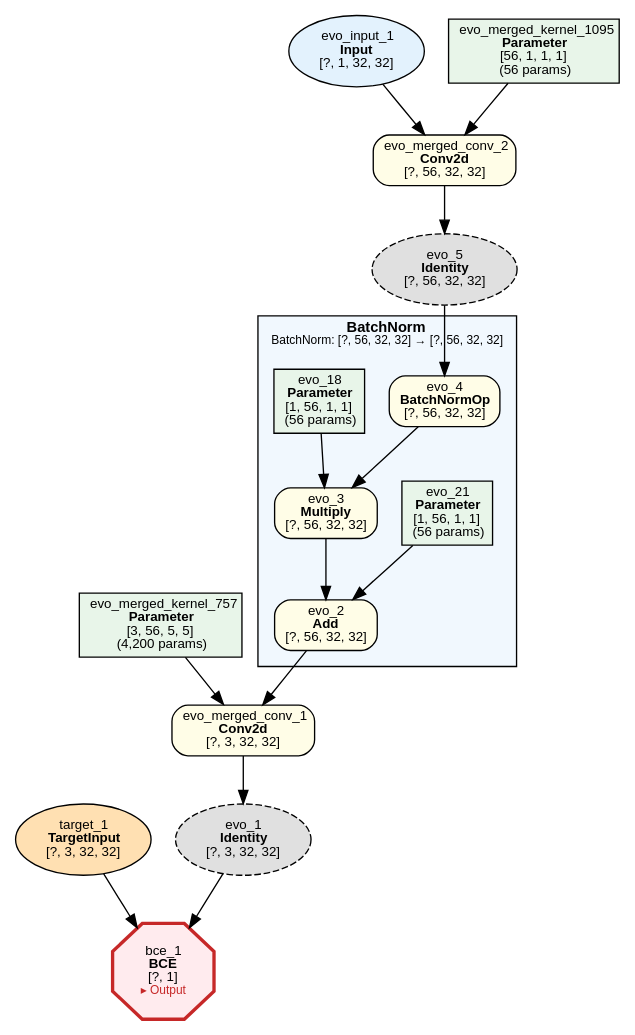
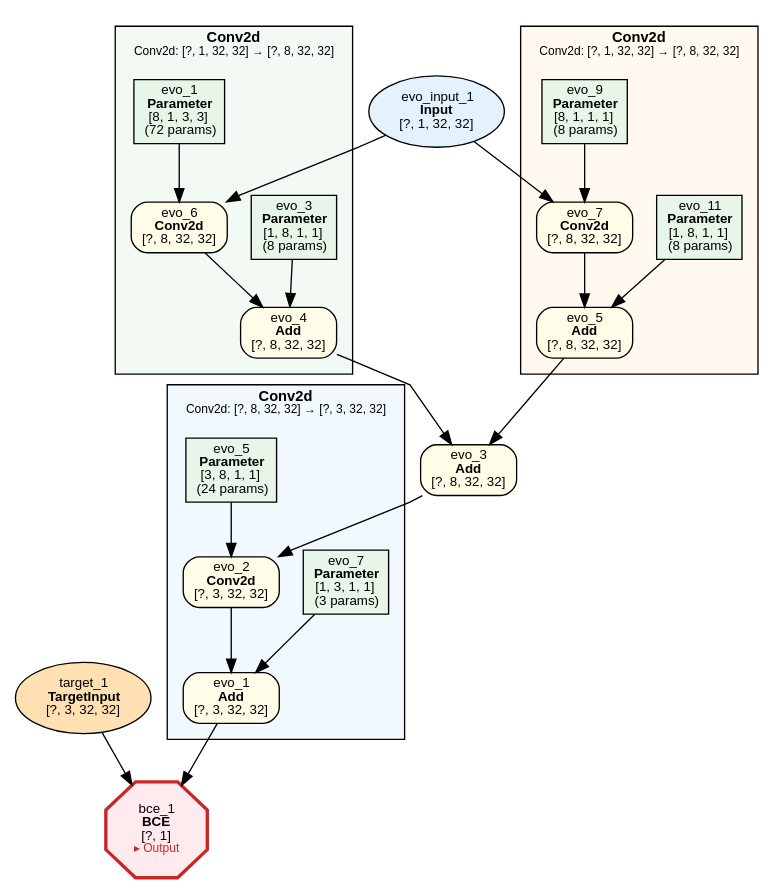
Before and after one commit to dbsxdbsx/only_torch: the diagram in examples/evolution/overlapping_shapes_semantic_segmentation/evolution_overlapping_shapes_semantic_segmentation.dot, drawn with Graphviz. The commit also changed 15 other files, not shown here.

```diff
--- a/examples/evolution/overlapping_shapes_semantic_segmentation/evolution_overlapping_shapes_semantic_segmentation.dot
+++ b/examples/evolution/overlapping_shapes_semantic_segmentation/evolution_overlapping_shapes_semantic_segmentation.dot
@@ -1,45 +1,68 @@
 digraph ComputeGraph {
     rankdir=TB;
     newrank=true;
     splines=polyline;
     node [fontname="Microsoft YaHei,SimHei,Arial"];
     edge [fontname="Microsoft YaHei,SimHei,Arial"];
 
-    subgraph cluster_group_batchnorm_4 {
-        label=<<B>BatchNorm</B><BR/><FONT POINT-SIZE="9">BatchNorm: [?, 56, 32, 32] → [?, 56, 32, 32]</FONT>>;
+    subgraph cluster_group_conv2d_1 {
+        label=<<B>Conv2d</B><BR/><FONT POINT-SIZE="9">Conv2d: [?, 8, 32, 32] → [?, 3, 32, 32]</FONT>>;
         style=filled;
         fillcolor="#E3F2FD80";
         fontname="Microsoft YaHei,SimHei,Arial";
         fontsize=11;
         margin=12;
-            "5" [label=<evo_2<BR/><B>Add</B><BR/>[?, 56, 32, 32]> shape=box style="filled,rounded" fillcolor="#FFFDE7" fontsize=10];
-            "7" [label=<evo_3<BR/><B>Multiply</B><BR/>[?, 56, 32, 32]> shape=box style="filled,rounded" fillcolor="#FFFDE7" fontsize=10];
-            "8" [label=<evo_21<BR/><B>Parameter</B><BR/>[1, 56, 1, 1]<BR/>(56 params)> shape=box style=filled fillcolor="#E8F5E9" fontsize=10];
-            "9" [label=<evo_4<BR/><B>BatchNormOp</B><BR/>[?, 56, 32, 32]> shape=box style="filled,rounded" fillcolor="#FFFDE7" fontsize=10];
-            "10" [label=<evo_18<BR/><B>Parameter</B><BR/>[1, 56, 1, 1]<BR/>(56 params)> shape=box style=filled fillcolor="#E8F5E9" fontsize=10];
+            "2" [label=<evo_1<BR/><B>Add</B><BR/>[?, 3, 32, 32]> shape=box style="filled,rounded" fillcolor="#FFFDE7" fontsize=10];
+            "4" [label=<evo_2<BR/><B>Conv2d</B><BR/>[?, 3, 32, 32]> shape=box style="filled,rounded" fillcolor="#FFFDE7" fontsize=10];
+            "5" [label=<evo_7<BR/><B>Parameter</B><BR/>[1, 3, 1, 1]<BR/>(3 params)> shape=box style=filled fillcolor="#E8F5E9" fontsize=10];
+            "7" [label=<evo_5<BR/><B>Parameter</B><BR/>[3, 8, 1, 1]<BR/>(24 params)> shape=box style=filled fillcolor="#E8F5E9" fontsize=10];
+    }
+
+    subgraph cluster_group_conv2d_0 {
+        label=<<B>Conv2d</B><BR/><FONT POINT-SIZE="9">Conv2d: [?, 1, 32, 32] → [?, 8, 32, 32]</FONT>>;
+        style=filled;
+        fillcolor="#E8F5E980";
+        fontname="Microsoft YaHei,SimHei,Arial";
+        fontsize=11;
+        margin=12;
+            "8" [label=<evo_4<BR/><B>Add</B><BR/>[?, 8, 32, 32]> shape=box style="filled,rounded" fillcolor="#FFFDE7" fontsize=10];
+            "10" [label=<evo_6<BR/><B>Conv2d</B><BR/>[?, 8, 32, 32]> shape=box style="filled,rounded" fillcolor="#FFFDE7" fontsize=10];
+            "11" [label=<evo_3<BR/><B>Parameter</B><BR/>[1, 8, 1, 1]<BR/>(8 params)> shape=box style=filled fillcolor="#E8F5E9" fontsize=10];
+            "15" [label=<evo_1<BR/><B>Parameter</B><BR/>[8, 1, 3, 3]<BR/>(72 params)> shape=box style=filled fillcolor="#E8F5E9" fontsize=10];
+    }
+
+    subgraph cluster_group_conv2d_2 {
+        label=<<B>Conv2d</B><BR/><FONT POINT-SIZE="9">Conv2d: [?, 1, 32, 32] → [?, 8, 32, 32]</FONT>>;
+        style=filled;
+        fillcolor="#FFF3E080";
+        fontname="Microsoft YaHei,SimHei,Arial";
+        fontsize=11;
+        margin=12;
+            "9" [label=<evo_5<BR/><B>Add</B><BR/>[?, 8, 32, 32]> shape=box style="filled,rounded" fillcolor="#FFFDE7" fontsize=10];
+            "12" [label=<evo_7<BR/><B>Conv2d</B><BR/>[?, 8, 32, 32]> shape=box style="filled,rounded" fillcolor="#FFFDE7" fontsize=10];
+            "13" [label=<evo_11<BR/><B>Parameter</B><BR/>[1, 8, 1, 1]<BR/>(8 params)> shape=box style=filled fillcolor="#E8F5E9" fontsize=10];
+            "16" [label=<evo_9<BR/><B>Parameter</B><BR/>[8, 1, 1, 1]<BR/>(8 params)> shape=box style=filled fillcolor="#E8F5E9" fontsize=10];
     }
 
     "1" [label=<bce_1<BR/><B>BCE</B><BR/>[?, 1]<BR/><FONT COLOR="#C62828" POINT-SIZE="9">▸ Output</FONT>> shape=octagon style=filled fillcolor="#FFEBEE" fontsize=10 penwidth=2.5 color="#C62828"];
-    "2" [label=<evo_1<BR/><B>Identity</B><BR/>[?, 3, 32, 32]> shape=ellipse style="filled,dashed" fillcolor="#E0E0E0" fontsize=10];
     "3" [label=<target_1<BR/><B>TargetInput</B><BR/>[?, 3, 32, 32]> shape=ellipse style=filled fillcolor="#FFE0B2" fontsize=10];
-    "4" [label=<evo_merged_conv_1<BR/><B>Conv2d</B><BR/>[?, 3, 32, 32]> shape=box style="filled,rounded" fillcolor="#FFFDE7" fontsize=10];
-    "6" [label=<evo_merged_kernel_757<BR/><B>Parameter</B><BR/>[3, 56, 5, 5]<BR/>(4,200 params)> shape=box style=filled fillcolor="#E8F5E9" fontsize=10];
-    "11" [label=<evo_5<BR/><B>Identity</B><BR/>[?, 56, 32, 32]> shape=ellipse style="filled,dashed" fillcolor="#E0E0E0" fontsize=10];
-    "12" [label=<evo_merged_conv_2<BR/><B>Conv2d</B><BR/>[?, 56, 32, 32]> shape=box style="filled,rounded" fillcolor="#FFFDE7" fontsize=10];
-    "13" [label=<evo_input_1<BR/><B>Input</B><BR/>[?, 1, 32, 32]> shape=ellipse style=filled fillcolor="#E3F2FD" fontsize=10];
-    "14" [label=<evo_merged_kernel_1095<BR/><B>Parameter</B><BR/>[56, 1, 1, 1]<BR/>(56 params)> shape=box style=filled fillcolor="#E8F5E9" fontsize=10];
+    "6" [label=<evo_3<BR/><B>Add</B><BR/>[?, 8, 32, 32]> shape=box style="filled,rounded" fillcolor="#FFFDE7" fontsize=10];
+    "14" [label=<evo_input_1<BR/><B>Input</B><BR/>[?, 1, 32, 32]> shape=ellipse style=filled fillcolor="#E3F2FD" fontsize=10];
 
     "2" -> "1";
     "3" -> "1";
     "4" -> "2";
-    "5" -> "4";
+    "5" -> "2";
     "6" -> "4";
-    "7" -> "5";
-    "8" -> "5";
-    "9" -> "7";
-    "10" -> "7";
-    "11" -> "9";
-    "12" -> "11";
-    "13" -> "12";
+    "7" -> "4";
+    "8" -> "6";
+    "9" -> "6";
+    "10" -> "8";
+    "11" -> "8";
+    "12" -> "9";
+    "13" -> "9";
+    "14" -> "10";
+    "15" -> "10";
     "14" -> "12";
+    "16" -> "12";
 }
```
